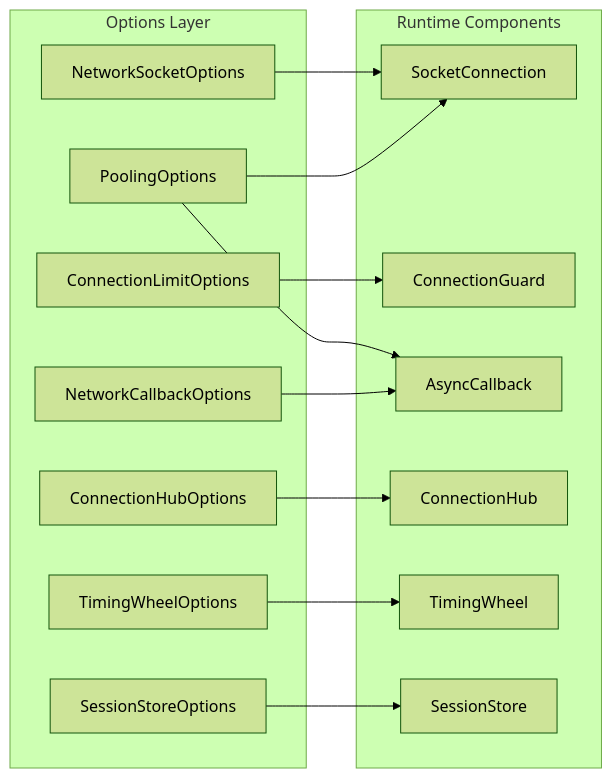
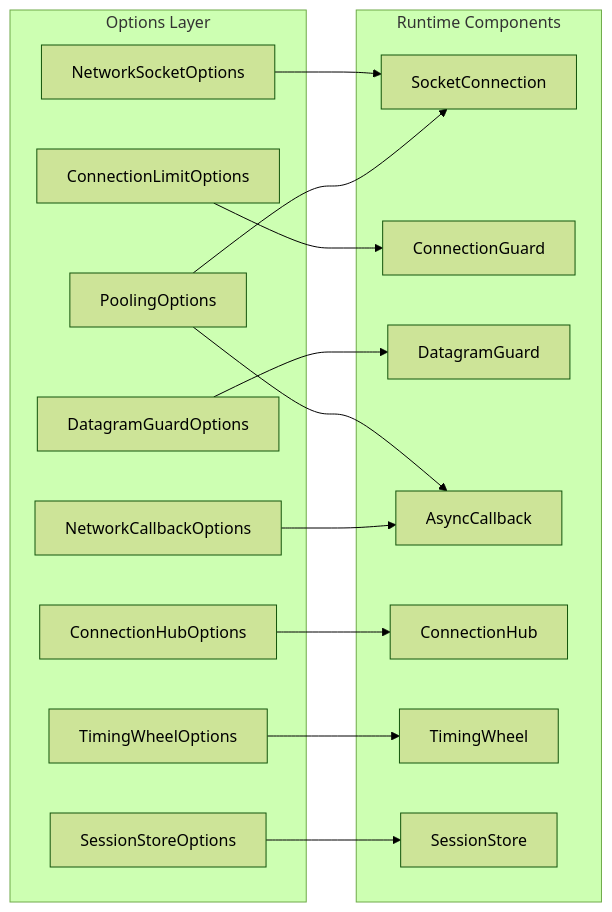
The diagram in docs/api/network/options/options.md (ppn-systems/Nalix), drawn with Mermaid (forest theme) before and after one commit. The commit also changed other lines of this file and 114 other files, not shown here.

````diff
--- a/docs/api/network/options/options.md
+++ b/docs/api/network/options/options.md
@@ -9,32 +9,35 @@
 ```mermaid
 flowchart LR
     subgraph Config[Options Layer]
         NSO[NetworkSocketOptions]
         PO[PoolingOptions]
         CLO[ConnectionLimitOptions]
+        DGO[DatagramGuardOptions]
         NCO[NetworkCallbackOptions]
         CHO[ConnectionHubOptions]
         TWO[TimingWheelOptions]
         SSO[SessionStoreOptions]
     end
 
     subgraph Runtime[Runtime Components]
         SC[SocketConnection]
         CG[ConnectionGuard]
+        DG[DatagramGuard]
         AC[AsyncCallback]
         Hub[ConnectionHub]
         TW[TimingWheel]
         SS[SessionStore]
     end
 
     NSO --> SC
     PO --> SC
     PO --> AC
     
     CLO --> CG
+    DGO --> DG
     NCO --> AC
     
     CHO --> Hub
     TWO --> TW
     SSO --> SS
 ```
````
